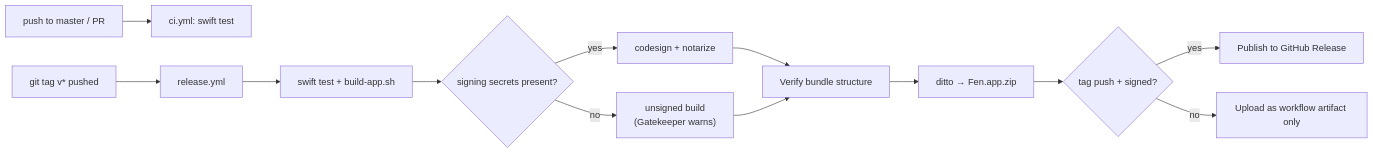
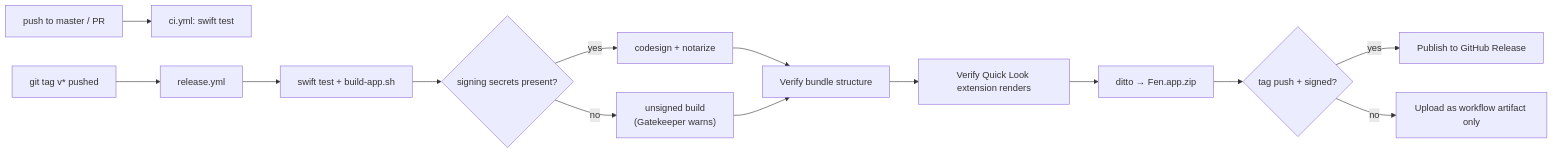
The seventh of 7 diagrams in docs/ARCHITECTURE.md (zoharbabin/fen), drawn with Mermaid before and after one commit. The commit also changed other lines of this file and 3 other files, not shown here.

First line of the commit message:
Build and sign FenQuickLook.appex into the release .app (fixes #114) (#115)

````diff
--- a/docs/ARCHITECTURE.md
+++ b/docs/ARCHITECTURE.md
@@ -209,15 +211,16 @@
 ```mermaid
 flowchart LR
     Push["push to master / PR"] --> CI["ci.yml: swift test"]
     Tag["git tag v* pushed"] --> Release["release.yml"]
     Release --> Build["swift test + build-app.sh"]
     Build --> Sign{"signing secrets present?"}
     Sign -->|yes| SignApp["codesign + notarize"]
     Sign -->|no| Unsigned["unsigned build<br/>(Gatekeeper warns)"]
     SignApp --> Verify["Verify bundle structure"]
     Unsigned --> Verify
-    Verify --> Zip["ditto → Fen.app.zip"]
+    Verify --> VerifyQL["Verify Quick Look extension renders"]
+    VerifyQL --> Zip["ditto → Fen.app.zip"]
     Zip --> Publish{"tag push + signed?"}
     Publish -->|yes| GHRelease["Publish to GitHub Release"]
     Publish -->|no| Artifact["Upload as workflow artifact only"]
 ```
````
